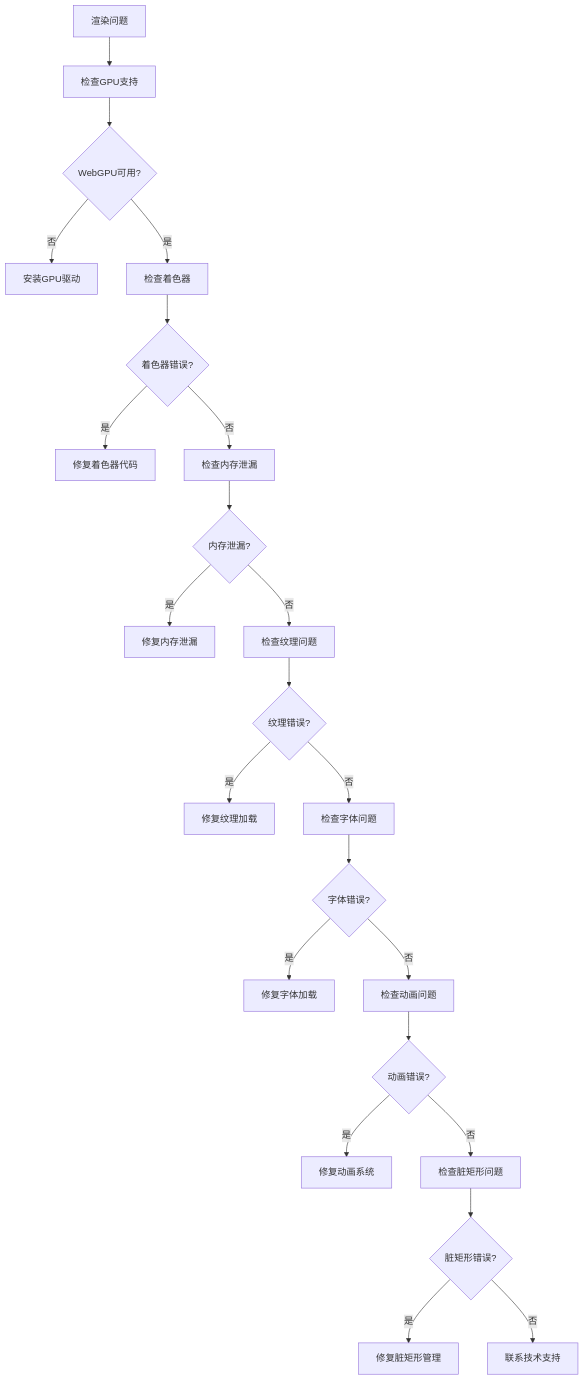
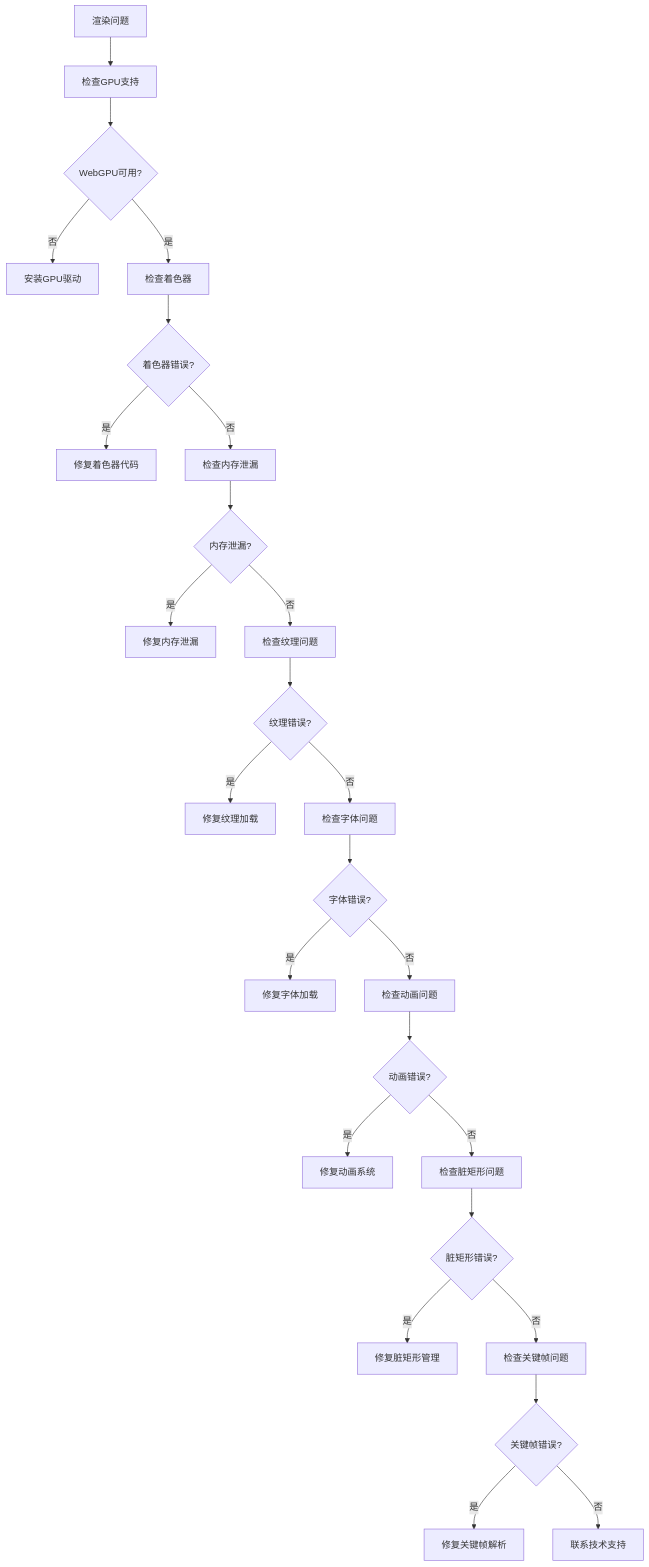
Diagram 35 of 35 in .qoder/repowiki/zh/content/核心功能特性/自研浏览器级渲染能力.md (itszzl-sudo/iris), drawn with Mermaid before and after one commit. The commit also changed other lines of this file and 55 other files, not shown here.

````diff
--- a/.qoder/repowiki/zh/content/核心功能特性/自研浏览器级渲染能力.md
+++ b/.qoder/repowiki/zh/content/核心功能特性/自研浏览器级渲染能力.md
@@ -1231,25 +1347,28 @@
 ```mermaid
 flowchart TD
 Issue[渲染问题] --> CheckGPU[检查GPU支持]
 CheckGPU --> WebGPU{WebGPU可用?}
 WebGPU --> |否| InstallDriver[安装GPU驱动]
 WebGPU --> |是| CheckShaders[检查着色器]
 CheckShaders --> ShaderError{着色器错误?}
 ShaderError --> |是| FixShader[修复着色器代码]
 ShaderError --> |否| CheckMemory[检查内存泄漏]
 CheckMemory --> MemoryLeak{内存泄漏?}
 MemoryLeak --> |是| FixLeak[修复内存泄漏]
 MemoryLeak --> |否| CheckTextures[检查纹理问题]
 CheckTextures --> TextureError{纹理错误?}
 TextureError --> |是| FixTexture[修复纹理加载]
 TextureError --> |否| CheckFonts[检查字体问题]
 CheckFonts --> FontError{字体错误?}
 FontError --> |是| FixFont[修复字体加载]
 FontError --> |否| CheckAnimations[检查动画问题]
 CheckAnimations --> AnimationError{动画错误?}
 AnimationError --> |是| FixAnimation[修复动画系统]
 AnimationError --> |否| CheckDirtyRects[检查脏矩形问题]
 CheckDirtyRects --> DirtyRectError{脏矩形错误?}
 DirtyRectError --> |是| FixDirtyRect[修复脏矩形管理]
-DirtyRectError --> |否| ContactSupport[联系技术支持]
+DirtyRectError --> |否| CheckKeyframes[检查关键帧问题]
+CheckKeyframes --> KeyframeError{关键帧错误?}
+KeyframeError --> |是| FixKeyframe[修复关键帧解析]
+KeyframeError --> |否| ContactSupport[联系技术支持]
 ```
````
